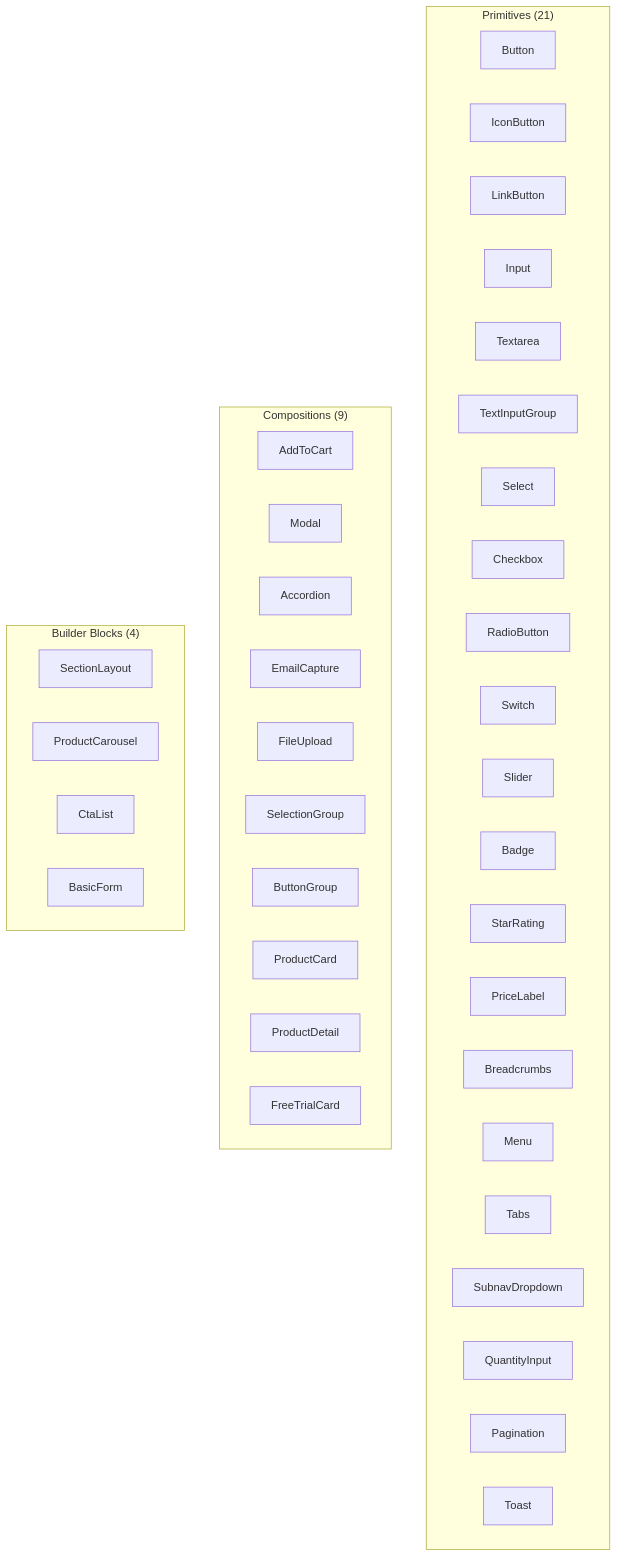
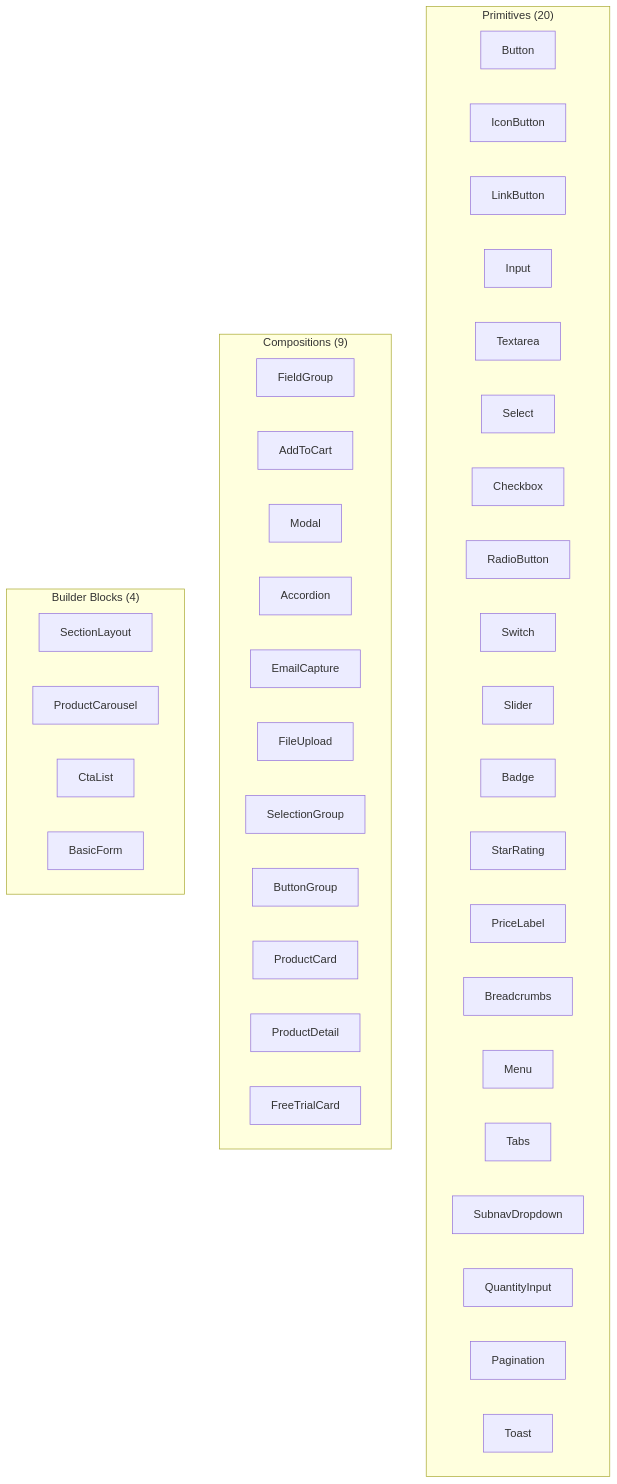
One commit to calebn/design-system-theme-evolution changed the first of 2 diagrams in inventory/docs/08-taxonomy.md. Above: the diagram before and after it, drawn with Mermaid. The commit also changed other lines of this file and 10 other files, not shown here.

Commit message:
Replace TextInputGroup with FieldGroup composition rendering as fieldset for accessible field grouping.

````diff
--- a/inventory/docs/08-taxonomy.md
+++ b/inventory/docs/08-taxonomy.md
@@ -17,44 +17,44 @@
 ```mermaid
 graph TD
-  subgraph primitives ["Primitives (21)"]
+  subgraph primitives ["Primitives (20)"]
     Button["Button"]
     IconButton["IconButton"]
     LinkButton["LinkButton"]
     Input["Input"]
     Textarea["Textarea"]
-    TextInputGroup["TextInputGroup"]
     Select["Select"]
     Checkbox["Checkbox"]
     RadioButton["RadioButton"]
     Switch["Switch"]
     Slider["Slider"]
     Badge["Badge"]
     StarRating["StarRating"]
     PriceLabel["PriceLabel"]
     Breadcrumbs["Breadcrumbs"]
     Menu["Menu"]
     Tabs["Tabs"]
     SubnavDropdown["SubnavDropdown"]
     QuantityInput["QuantityInput"]
     Pagination["Pagination"]
     Toast["Toast"]
   end
   subgraph compositions ["Compositions (9)"]
+    FieldGroup["FieldGroup"]
     AddToCart["AddToCart"]
     Modal["Modal"]
     Accordion["Accordion"]
     EmailCapture["EmailCapture"]
     FileUpload["FileUpload"]
     SelectionGroup["SelectionGroup"]
     ButtonGroup["ButtonGroup"]
     ProductCard["ProductCard"]
     ProductDetail["ProductDetail"]
     FreeTrialCard["FreeTrialCard"]
   end
   subgraph builderBlocks ["Builder Blocks (4)"]
     SectionLayout["SectionLayout"]
     ProductCarousel["ProductCarousel"]
     CtaList["CtaList"]
     BasicForm["BasicForm"]
   end
 ```
````
